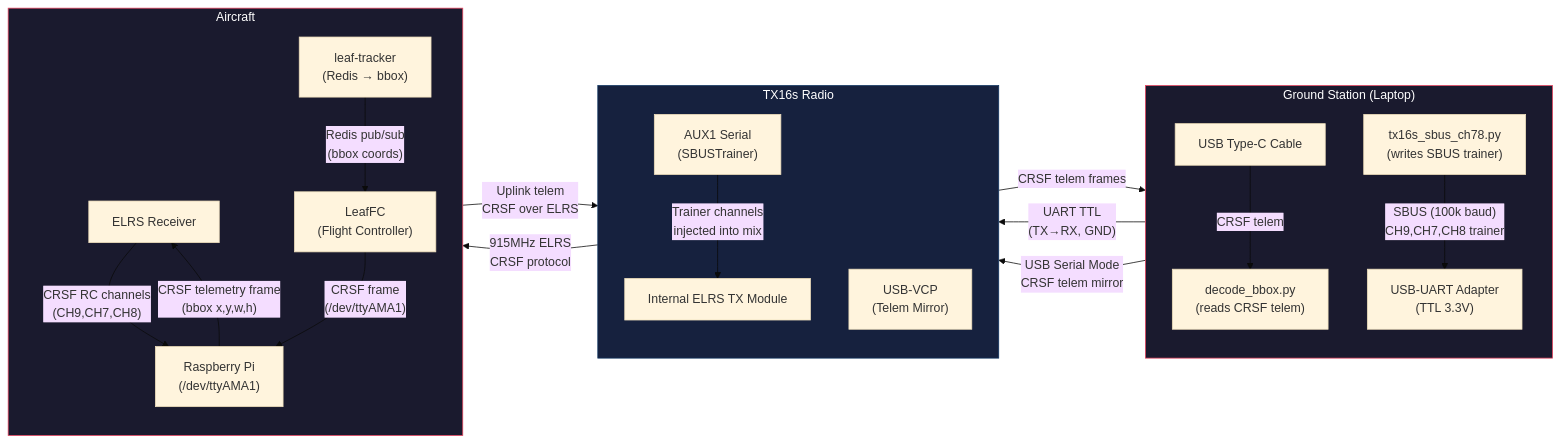
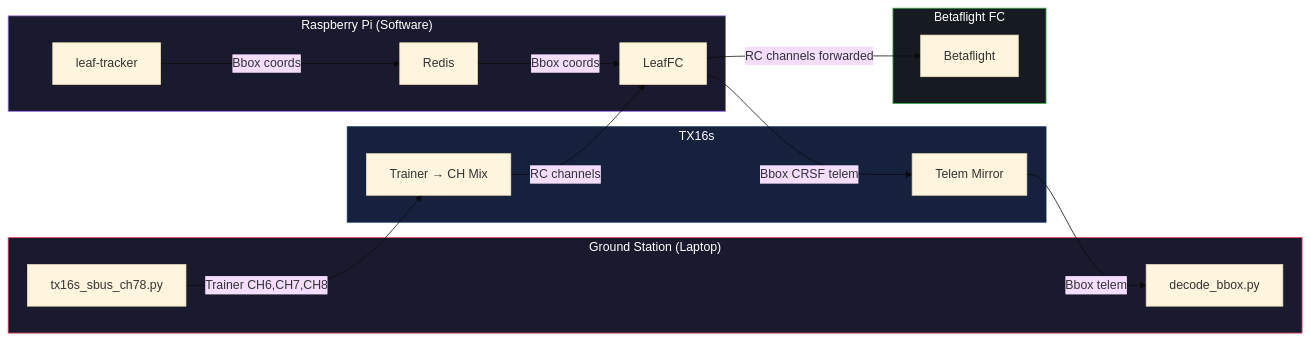
One commit to DroneLeaf/HEAR_wiki changed the first of 4 diagrams in Guide/HEAR Software/LeafFC-racer-project/ground-station-architecture/README.md. Above: the diagram before and after it, drawn with Mermaid (base theme). The commit also changed other lines of this file, not shown here.

Commit message:
refactor: reorganize ground station architecture documentation for clarity and accuracy

````diff
--- a/Guide/HEAR Software/LeafFC-racer-project/ground-station-architecture/README.md
+++ b/Guide/HEAR Software/LeafFC-racer-project/ground-station-architecture/README.md
@@ -21,45 +24,36 @@
 ```mermaid
 flowchart LR
     subgraph GS["Ground Station (Laptop)"]
-        direction TB
-        decode["decode_bbox.py\n(reads CRSF telem)"]
-        sbus["tx16s_sbus_ch78.py\n(writes SBUS trainer)"]
-        usb_uart["USB-UART Adapter\n(TTL 3.3V)"]
-        usb_c["USB Type-C Cable"]
+        decode["decode_bbox.py"]
+        sbus_script["tx16s_sbus_ch78.py"]
     end
 
-    subgraph TX["TX16s Radio"]
-        direction TB
-        aux1["AUX1 Serial\n(SBUSTrainer)"]
-        vcp["USB-VCP\n(Telem Mirror)"]
-        elrs_tx["Internal ELRS TX Module"]
+    subgraph TX["TX16s"]
+        trainer_mix["Trainer → CH Mix"]
+        telem_mirror["Telem Mirror"]
     end
 
-    subgraph AIR["Aircraft"]
-        direction TB
-        elrs_rx["ELRS Receiver"]
-        rpi["Raspberry Pi\n(/dev/ttyAMA1)"]
-        leaffc["LeafFC\n(Flight Controller)"]
-        tracker["leaf-tracker\n(Redis → bbox)"]
+    subgraph RPI_SW["Raspberry Pi (Software)"]
+        leaffc["LeafFC"]
+        tracker["leaf-tracker"]
+        redis["Redis"]
     end
 
-    sbus -- "SBUS (100k baud)\nCH9,CH7,CH8 trainer" --> usb_uart
-    usb_uart -- "UART TTL\n(TX→RX, GND)" --> aux1
-    usb_c -- "USB Serial Mode\nCRSF telem mirror" --> vcp
-    vcp -- "CRSF telem frames" --> usb_c
-    usb_c -- "CRSF telem" --> decode
+    subgraph FC["Betaflight FC"]
+        bf["Betaflight"]
+    end
 
-    aux1 -- "Trainer channels\ninjected into mix" --> elrs_tx
-    elrs_tx -- "915MHz ELRS\nCRSF protocol" --> elrs_rx
-    elrs_rx -- "CRSF RC channels\n(CH9,CH7,CH8)" --> rpi
+    sbus_script -- "Trainer CH6,CH7,CH8" --> trainer_mix
+    telem_mirror -- "Bbox telem" --> decode
 
-    rpi -- "CRSF telemetry frame\n(bbox x,y,w,h)" --> elrs_rx
-    elrs_rx -- "Uplink telem\nCRSF over ELRS" --> elrs_tx
-
-    tracker -- "Redis pub/sub\n(bbox coords)" --> leaffc
-    leaffc -- "CRSF frame\n(/dev/ttyAMA1)" --> rpi
+    trainer_mix -- "RC channels" --> leaffc
+    leaffc -- "RC channels forwarded" --> bf
+    tracker -- "Bbox coords" --> redis
+    redis -- "Bbox coords" --> leaffc
+    leaffc -- "Bbox CRSF telem" --> telem_mirror
 
     style GS fill:#1a1a2e,stroke:#e94560,color:#fff
     style TX fill:#16213e,stroke:#0f3460,color:#fff
-    style AIR fill:#1a1a2e,stroke:#e94560,color:#fff
+    style RPI_SW fill:#1a1a2e,stroke:#a371f7,color:#fff
+    style FC fill:#161b22,stroke:#3fb950,color:#fff
 ```
````
